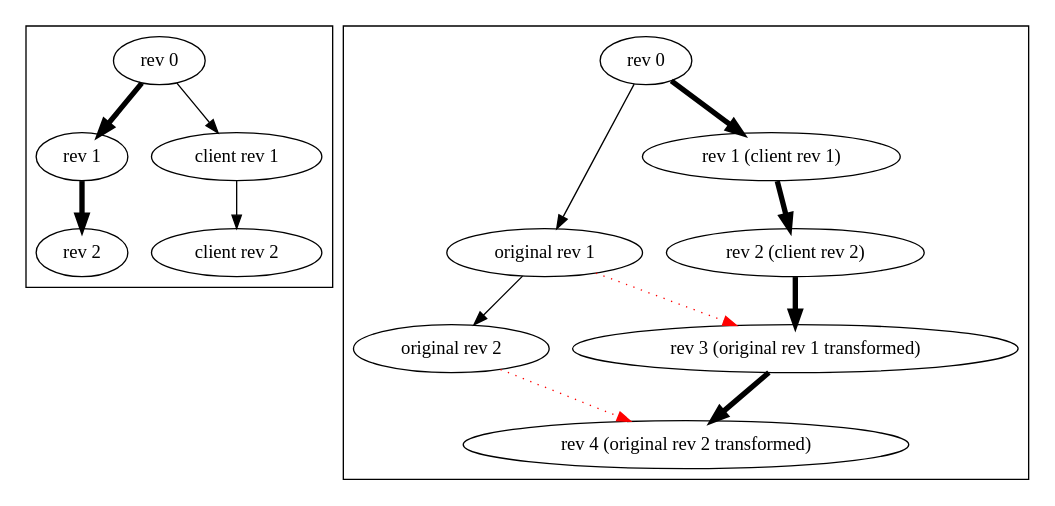
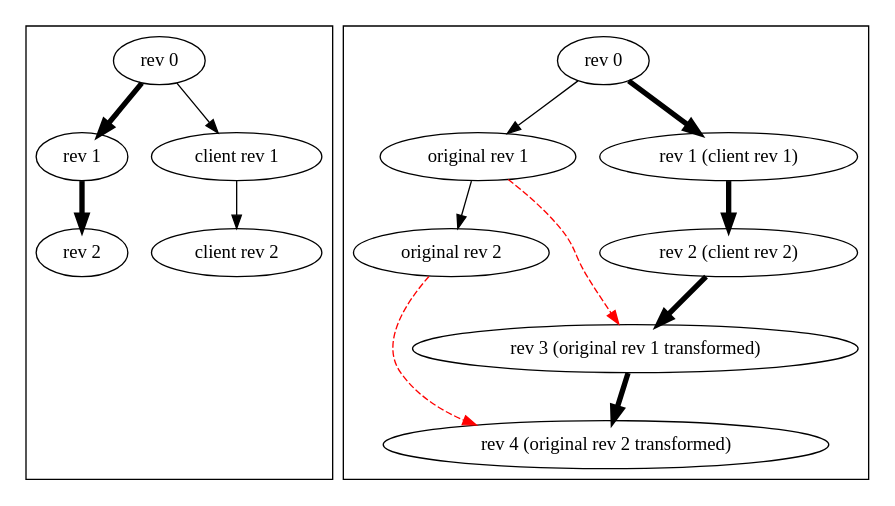
One commit to kindone/text-versioncontrol changed the diagram in doc/rebase.dot. Above: the diagram before and after it, drawn with Graphviz. The commit also changed 8 other files, not shown here.

```diff
--- a/doc/rebase.dot
+++ b/doc/rebase.dot
@@ -1,28 +1,35 @@
 digraph merge {
   subgraph cluster_0 {
     b_rev0 [label="rev 0"]
     b_rev1 [label="rev 1"]
     b_rev2 [label="rev 2"]
     b_client1 [label="client rev 1"]
     b_client2 [label="client rev 2"]
+    inv1 [style=invisible]
+    inv2 [style=invisible]
 
     b_rev0 -> b_rev1 -> b_rev2 [penwidth=4]
     b_rev0 -> b_client1 -> b_client2
+    b_rev2 -> inv1 -> inv2 [style=invisible, arrowhead=none]
   }
 
   subgraph cluster_1 {
     rev0 [label="rev 0"]
     rev1 [label="original rev 1"]
     rev2 [label="original rev 2"]
     client1 [label="rev 1 (client rev 1)"]
     client2 [label="rev 2 (client rev 2)"]
     rev3 [label="rev 3 (original rev 1 transformed)"]
     rev4 [label="rev 4 (original rev 2 transformed)"]
 
     rev0 -> rev1 -> rev2
     rev0 -> client1 -> client2 -> rev3 -> rev4 [penwidth=4]
-    rev1 -> rev3 [style="dotted", color=red]
-    rev2 -> rev4 [style="dotted", color=red]
+    rev1 -> rev3 [style="dashed", color=red]
+    rev2 -> rev4 [style="dashed", color=red]
+
+    {rank = same; rev1; client1}
+    {rank = same; rev2; client2}
+
   }
 
 }
```
